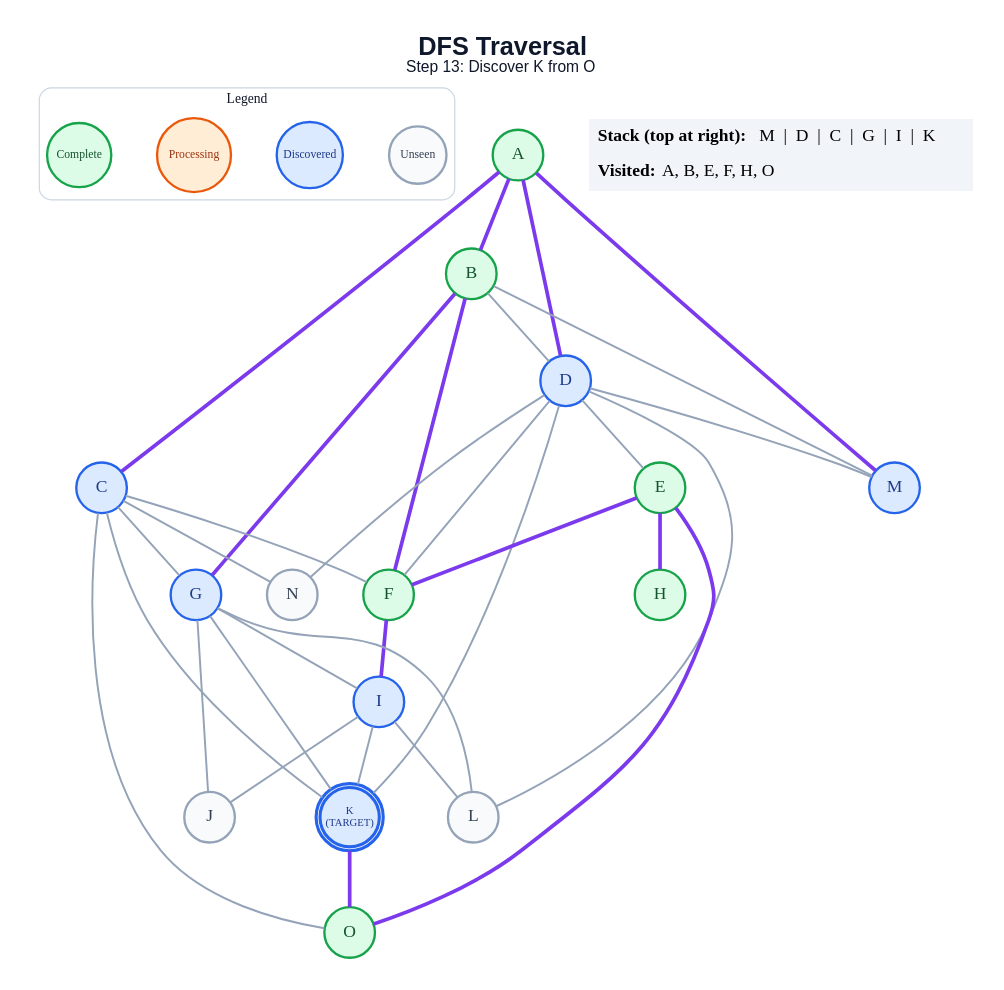
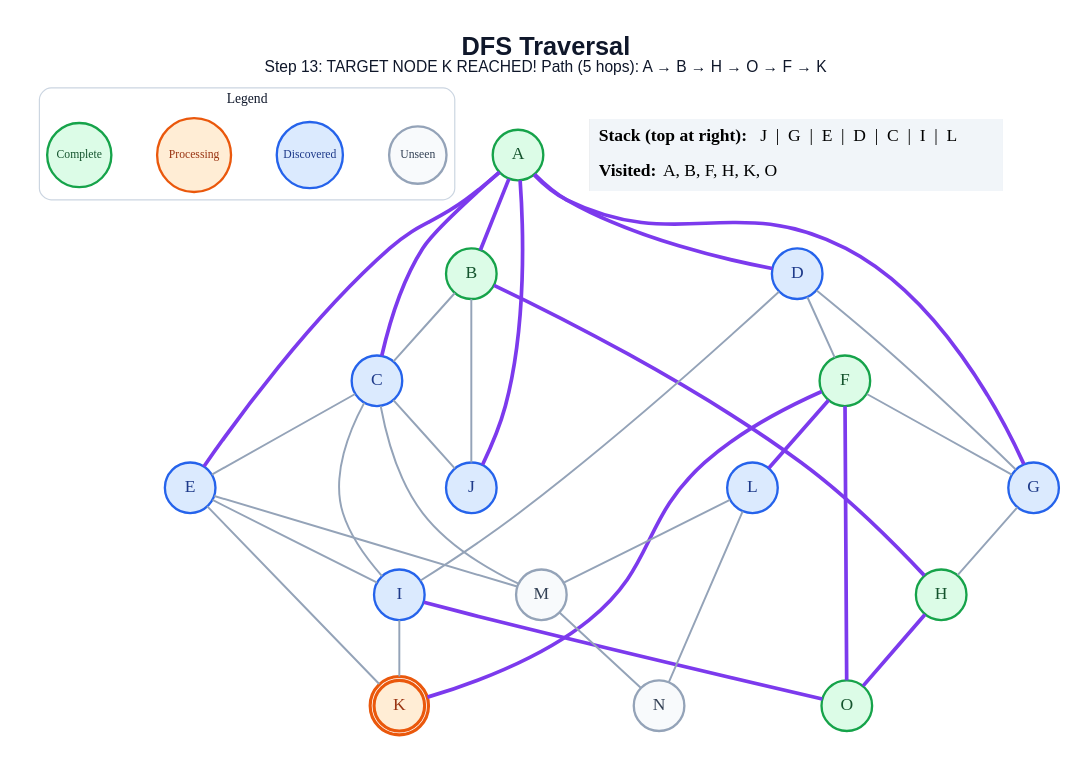
One commit to anon7238593-create/ai-slop changed the diagram in generated/dfs/step_13.dot. Above: the diagram before and after it, drawn with Graphviz. The commit also changed 281 other files, not shown here.

```diff
--- a/generated/dfs/step_13.dot
+++ b/generated/dfs/step_13.dot
@@ -1,65 +1,64 @@
 graph traversal {
   graph [layout=dot, rankdir=TB, bgcolor="#FFFFFF", pad="0.35", nodesep="0.65", ranksep="0.8", fontname="Arial"];
   node [shape=circle, style="filled", fontname="Arial Bold", fontsize=18, width=0.72, fixedsize=true, penwidth=2.4];
   edge [color="#94A3B8", penwidth=2.0];
-  label=<<B>DFS Traversal</B><BR/><FONT POINT-SIZE="16">Step 13: Discover K from O</FONT>>; labelloc="t"; fontsize=26; fontname="Arial"; fontcolor="#0F172A";
+  label=<<B>DFS Traversal</B><BR/><FONT POINT-SIZE="16">Step 13: TARGET NODE K REACHED! Path (5 hops): A → B → H → O → F → K</FONT>>; labelloc="t"; fontsize=26; fontname="Arial"; fontcolor="#0F172A";
   subgraph cluster_legend { label="Legend"; color="#CBD5E1"; penwidth=1.2; style="rounded"; fontsize=14; fontname="Arial Bold";
     key_unseen [label="Unseen", fillcolor="#F8FAFC", color="#94A3B8", fontcolor="#334155", fontsize=12, width=0.82];
     key_frontier [label="Discovered", fillcolor="#DBEAFE", color="#2563EB", fontcolor="#1E3A8A", fontsize=12, width=0.95];
     key_current [label="Processing", fillcolor="#FFEDD5", color="#EA580C", fontcolor="#9A3412", fontsize=12, width=1.05];
     key_done [label="Complete", fillcolor="#DCFCE7", color="#16A34A", fontcolor="#14532D", fontsize=12, width=0.92];
     { rank=same; key_unseen; key_frontier; key_current; key_done; }
   }
   A [label="A", fillcolor="#DCFCE7", color="#16A34A", fontcolor="#14532D", peripheries=1, penwidth=2.4];
   B [label="B", fillcolor="#DCFCE7", color="#16A34A", fontcolor="#14532D", peripheries=1, penwidth=2.4];
   C [label="C", fillcolor="#DBEAFE", color="#2563EB", fontcolor="#1E3A8A", peripheries=1, penwidth=2.4];
   D [label="D", fillcolor="#DBEAFE", color="#2563EB", fontcolor="#1E3A8A", peripheries=1, penwidth=2.4];
-  E [label="E", fillcolor="#DCFCE7", color="#16A34A", fontcolor="#14532D", peripheries=1, penwidth=2.4];
+  E [label="E", fillcolor="#DBEAFE", color="#2563EB", fontcolor="#1E3A8A", peripheries=1, penwidth=2.4];
   F [label="F", fillcolor="#DCFCE7", color="#16A34A", fontcolor="#14532D", peripheries=1, penwidth=2.4];
   G [label="G", fillcolor="#DBEAFE", color="#2563EB", fontcolor="#1E3A8A", peripheries=1, penwidth=2.4];
   H [label="H", fillcolor="#DCFCE7", color="#16A34A", fontcolor="#14532D", peripheries=1, penwidth=2.4];
   I [label="I", fillcolor="#DBEAFE", color="#2563EB", fontcolor="#1E3A8A", peripheries=1, penwidth=2.4];
-  J [label="J", fillcolor="#F8FAFC", color="#94A3B8", fontcolor="#334155", peripheries=1, penwidth=2.4];
-  K [label="K\n(TARGET)", fillcolor="#DBEAFE", color="#2563EB", fontcolor="#1E3A8A", peripheries=2, penwidth=3.2, fontsize=11, width=0.85, height=0.85];
-  L [label="L", fillcolor="#F8FAFC", color="#94A3B8", fontcolor="#334155", peripheries=1, penwidth=2.4];
-  M [label="M", fillcolor="#DBEAFE", color="#2563EB", fontcolor="#1E3A8A", peripheries=1, penwidth=2.4];
+  J [label="J", fillcolor="#DBEAFE", color="#2563EB", fontcolor="#1E3A8A", peripheries=1, penwidth=2.4];
+  K [label="K", fillcolor="#FFEDD5", color="#EA580C", fontcolor="#9A3412", peripheries=2, penwidth=3.2];
+  L [label="L", fillcolor="#DBEAFE", color="#2563EB", fontcolor="#1E3A8A", peripheries=1, penwidth=2.4];
+  M [label="M", fillcolor="#F8FAFC", color="#94A3B8", fontcolor="#334155", peripheries=1, penwidth=2.4];
   N [label="N", fillcolor="#F8FAFC", color="#94A3B8", fontcolor="#334155", peripheries=1, penwidth=2.4];
   O [label="O", fillcolor="#DCFCE7", color="#16A34A", fontcolor="#14532D", peripheries=1, penwidth=2.4];
   A -- B [color="#7C3AED", penwidth=3.8];
   A -- C [color="#7C3AED", penwidth=3.8];
   A -- D [color="#7C3AED", penwidth=3.8];
-  A -- M [color="#7C3AED", penwidth=3.8];
-  B -- D;
-  B -- F [color="#7C3AED", penwidth=3.8];
-  B -- G [color="#7C3AED", penwidth=3.8];
-  B -- M;
-  C -- F;
-  C -- G;
-  C -- K;
-  C -- N;
-  C -- O;
-  D -- E;
+  A -- E [color="#7C3AED", penwidth=3.8];
+  A -- G [color="#7C3AED", penwidth=3.8];
+  A -- J [color="#7C3AED", penwidth=3.8];
+  B -- C;
+  B -- H [color="#7C3AED", penwidth=3.8];
+  B -- J;
+  C -- E;
+  C -- I;
+  C -- J;
+  C -- M;
   D -- F;
-  D -- K;
-  D -- L;
-  D -- M;
-  D -- N;
-  E -- F [color="#7C3AED", penwidth=3.8];
-  E -- H [color="#7C3AED", penwidth=3.8];
-  E -- O [color="#7C3AED", penwidth=3.8];
-  F -- I [color="#7C3AED", penwidth=3.8];
-  G -- I;
-  G -- J;
-  G -- K;
-  G -- L;
-  I -- J;
+  D -- G;
+  D -- I;
+  E -- I;
+  E -- K;
+  E -- M;
+  F -- G;
+  F -- K [color="#7C3AED", penwidth=3.8];
+  F -- L [color="#7C3AED", penwidth=3.8];
+  F -- O [color="#7C3AED", penwidth=3.8];
+  G -- H;
+  H -- O [color="#7C3AED", penwidth=3.8];
   I -- K;
-  I -- L;
-  K -- O [color="#7C3AED", penwidth=3.8];
+  I -- O [color="#7C3AED", penwidth=3.8];
+  L -- M;
+  L -- N;
+  M -- N;
   status [shape=plain, fixedsize=false, width=0, height=0, margin=0, label=<
     <TABLE BORDER="0" CELLBORDER="0" CELLPADDING="7" BGCOLOR="#F1F5F9">
-      <TR><TD ALIGN="LEFT"><B>Stack (top at right):</B> M  |  D  |  C  |  G  |  I  |  K</TD></TR>
-      <TR><TD ALIGN="LEFT"><B>Visited:</B> A, B, E, F, H, O</TD></TR>
+      <TR><TD ALIGN="LEFT"><B>Stack (top at right):</B> J  |  G  |  E  |  D  |  C  |  I  |  L</TD></TR>
+      <TR><TD ALIGN="LEFT"><B>Visited:</B> A, B, F, H, K, O</TD></TR>
     </TABLE>
   >];
 }
```
